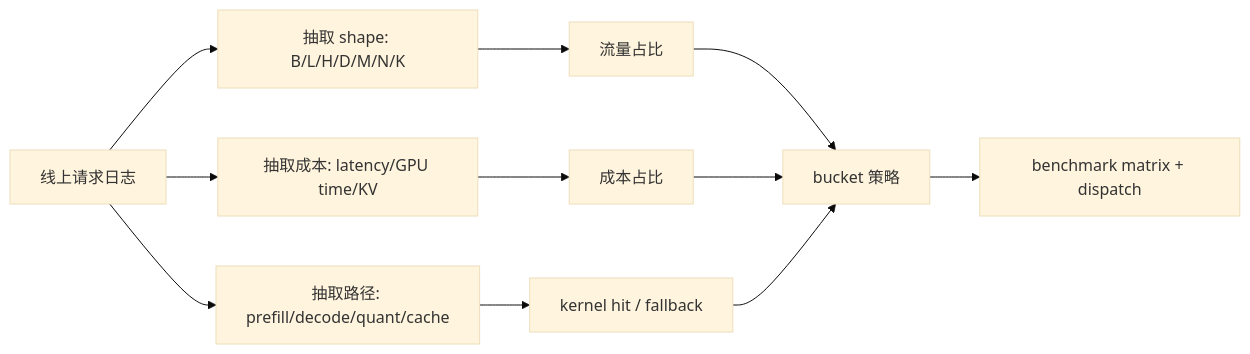
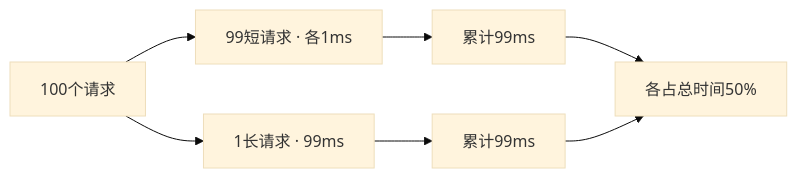
One commit to Charles2530/Charles-AI-notes changed the diagram in files/operators/workload-modeling-and-shape-buckets.md. Above: the diagram before and after it, drawn with Mermaid (base theme). The commit also changed other lines of this file and 954 other files, not shown here.

````diff
--- a/files/operators/workload-modeling-and-shape-buckets.md
+++ b/files/operators/workload-modeling-and-shape-buckets.md
@@ -33,13 +12,9 @@
 ```mermaid
 flowchart LR
-    A["线上请求日志"] --> B["抽取 shape: B/L/H/D/M/N/K"]
-    A --> C["抽取成本: latency/GPU time/KV"]
-    A --> D["抽取路径: prefill/decode/quant/cache"]
-    B --> E["流量占比"]
-    C --> F["成本占比"]
-    D --> G["kernel hit / fallback"]
-    E --> H["bucket 策略"]
-    F --> H
-    G --> H
-    H --> I["benchmark matrix + dispatch"]
+  R["100个请求"] --> S["99短请求 · 各1ms"]
+  R --> L["1长请求 · 99ms"]
+  S --> A["累计99ms"]
+  L --> B["累计99ms"]
+  A --> C["各占总时间50%"]
+  B --> C
 ```
````
